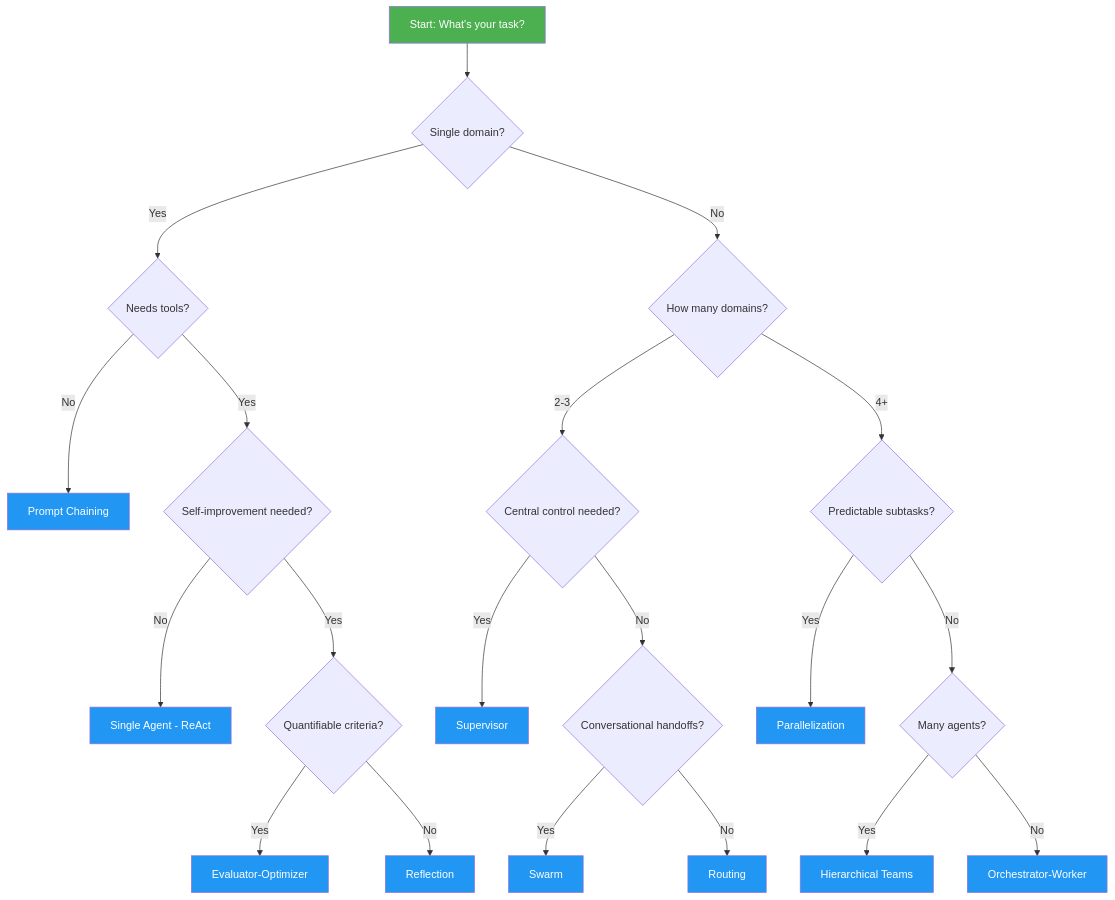
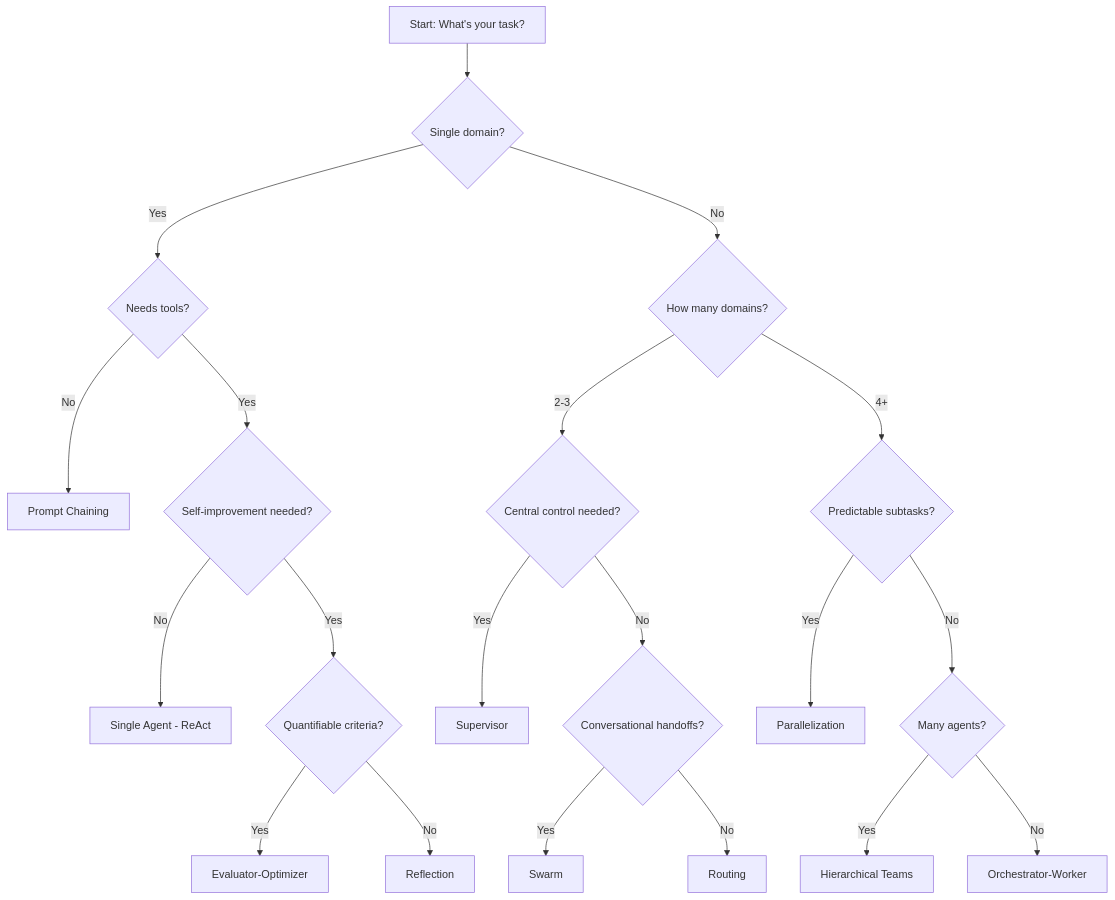
Before and after one commit to saisrinivas-samoju/agentic_architectures: diagram 11 of 11 in README.md, drawn with Mermaid. The commit also changed other lines of this file and 20 other files, not shown here.

````diff
--- a/README.md
+++ b/README.md
@@ -477,36 +471,24 @@
 ```mermaid
 flowchart TD
     A[Start: What's your task?] --> B{Single domain?}
     B -->|Yes| C{Needs tools?}
     C -->|No| D[Prompt Chaining]
     C -->|Yes| E{Self-improvement needed?}
     E -->|No| F[Single Agent - ReAct]
     E -->|Yes| G{Quantifiable criteria?}
     G -->|Yes| H[Evaluator-Optimizer]
     G -->|No| I[Reflection]
 
     B -->|No| J{How many domains?}
     J -->|2-3| K{Central control needed?}
     K -->|Yes| L[Supervisor]
     K -->|No| M{Conversational handoffs?}
     M -->|Yes| N[Swarm]
     M -->|No| O[Routing]
 
     J -->|4+| P{Predictable subtasks?}
     P -->|Yes| Q[Parallelization]
     P -->|No| R{Many agents?}
     R -->|Yes| S[Hierarchical Teams]
     R -->|No| T[Orchestrator-Worker]
-
-    style A fill:#4CAF50,color:#fff
-    style D fill:#2196F3,color:#fff
-    style F fill:#2196F3,color:#fff
-    style H fill:#2196F3,color:#fff
-    style I fill:#2196F3,color:#fff
-    style L fill:#2196F3,color:#fff
-    style N fill:#2196F3,color:#fff
-    style O fill:#2196F3,color:#fff
-    style Q fill:#2196F3,color:#fff
-    style S fill:#2196F3,color:#fff
-    style T fill:#2196F3,color:#fff
 ```
````
